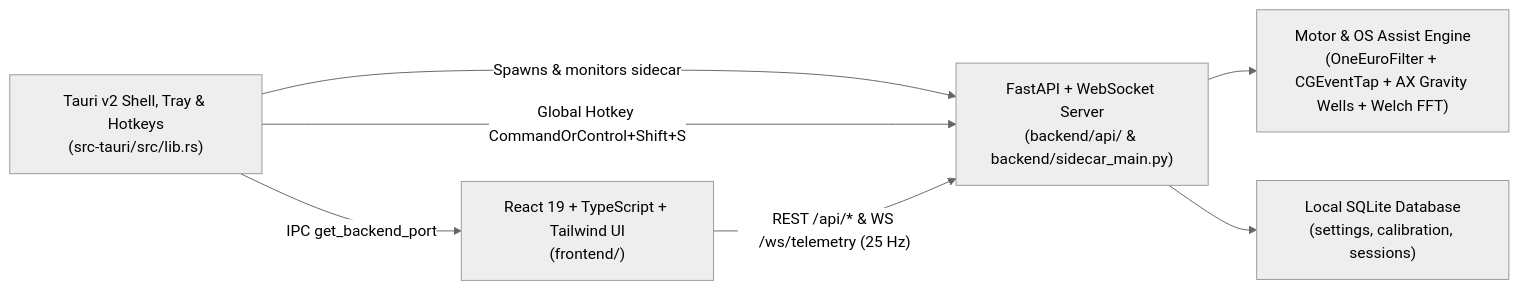
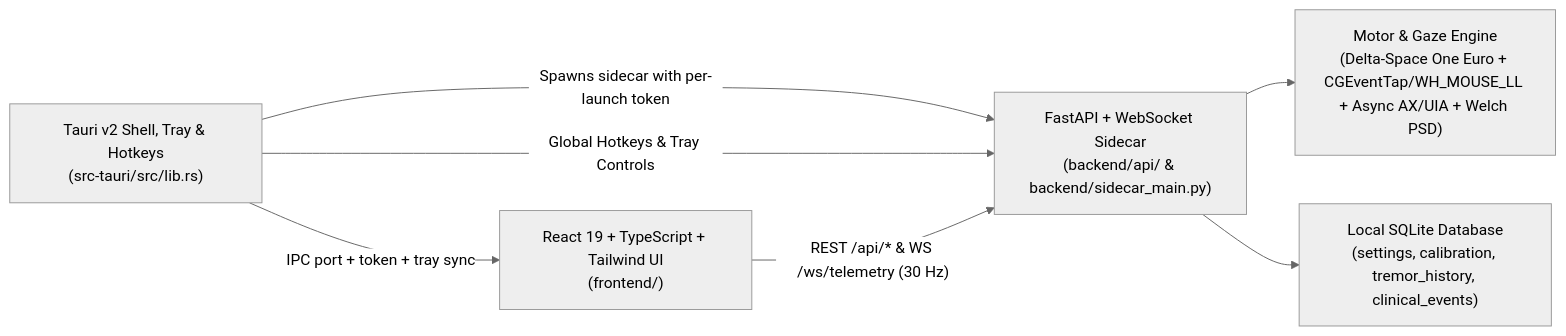
Before and after one commit to GitHappens-NatHacks/GitHappens: the diagram in README.md, drawn with Mermaid (neutral theme). The commit also changed other lines of this file and 142 other files, not shown here.

````diff
--- a/README.md
+++ b/README.md
@@ -7,15 +49,15 @@
 ```mermaid
 flowchart LR
   UI["React 19 + TypeScript + Tailwind UI<br/>(frontend/)"]
-  Shell["Tauri v2 Shell, Tray &amp; Hotkeys<br/>(src-tauri/src/lib.rs)"]
-  API["FastAPI + WebSocket Server<br/>(backend/api/ &amp; backend/sidecar_main.py)"]
-  Core["Motor &amp; OS Assist Engine<br/>(OneEuroFilter + CGEventTap + AX Gravity Wells + Welch FFT)"]
-  DB["Local SQLite Database<br/>(settings, calibration, sessions)"]
+  Shell["Tauri v2 Shell, Tray & Hotkeys<br/>(src-tauri/src/lib.rs)"]
+  API["FastAPI + WebSocket Sidecar<br/>(backend/api/ & backend/sidecar_main.py)"]
+  Core["Motor & Gaze Engine<br/>(Delta-Space One Euro + CGEventTap/WH_MOUSE_LL + Async AX/UIA + Welch PSD)"]
+  DB["Local SQLite Database<br/>(settings, calibration, tremor_history, clinical_events)"]
 
-  Shell -->|"Spawns &amp; monitors sidecar"| API
-  Shell -->|"Global Hotkey CommandOrControl+Shift+S"| API
-  Shell -->|"IPC get_backend_port"| UI
-  UI -->|"REST /api/* &amp; WS /ws/telemetry (25 Hz)"| API
+  Shell -->|"Spawns sidecar with per-launch token"| API
+  Shell -->|"Global Hotkeys & Tray Controls"| API
+  Shell -->|"IPC port + token + tray sync"| UI
+  UI -->|"REST /api/* & WS /ws/telemetry (30 Hz)"| API
   API --> Core
   API --> DB
 ```
````
